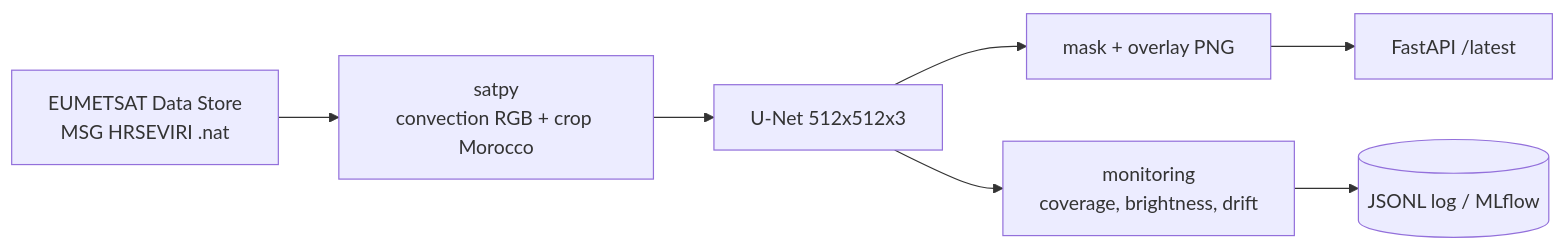
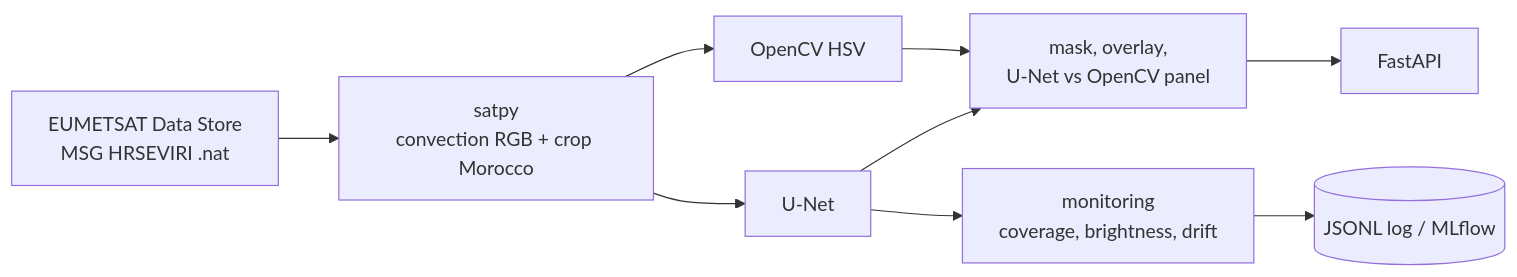
The diagram in README.md (msaadi15/Satellite_Convection_Labeling), drawn with Mermaid before and after one commit. The commit also changed other lines of this file, not shown here.

First line of the commit message:
README: reorganize into a logical sequence (data, methods, results, system, usage)

````diff
--- a/README.md
+++ b/README.md
@@ -50,9 +106,11 @@
 ```mermaid
 flowchart LR
     A[EUMETSAT Data Store<br/>MSG HRSEVIRI .nat] --> B[satpy<br/>convection RGB + crop Morocco]
-    B --> C[U-Net 512x512x3]
-    C --> D[mask + overlay PNG]
+    B --> C[U-Net]
+    B --> H[OpenCV HSV]
+    C --> D[mask, overlay,<br/>U-Net vs OpenCV panel]
+    H --> D
     C --> E[monitoring<br/>coverage, brightness, drift]
-    D --> F[FastAPI /latest]
+    D --> F[FastAPI]
     E --> G[(JSONL log / MLflow)]
 ```
````
